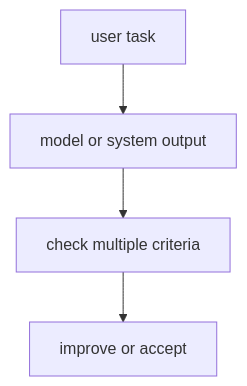
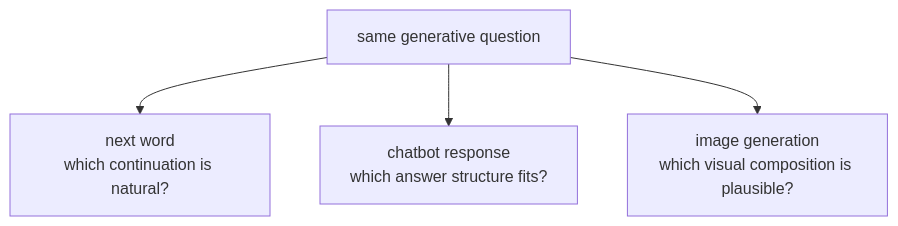
One commit to devchan64/AiBook changed the second of 2 diagrams in docs/parts/part-05/chapter-15/section-01.md. Above: the diagram before and after it, drawn with Mermaid. The commit also changed other lines of this file and 213 other files, not shown here.

````diff
--- a/docs/parts/part-05/chapter-15/section-01.md
+++ b/docs/parts/part-05/chapter-15/section-01.md
@@ -188,11 +181,11 @@
 ```mermaid
 flowchart TD
-  A["user task"]
-  B["model or system output"]
-  C["check multiple criteria"]
-  D["improve or accept"]
+  A["same generative question"]
+  B["next word<br/>which continuation is natural?"]
+  C["chatbot response<br/>which answer structure fits?"]
+  D["image generation<br/>which visual composition is plausible?"]
 
   A --> B
-  B --> C
-  C --> D
+  A --> C
+  A --> D
 ```
````
